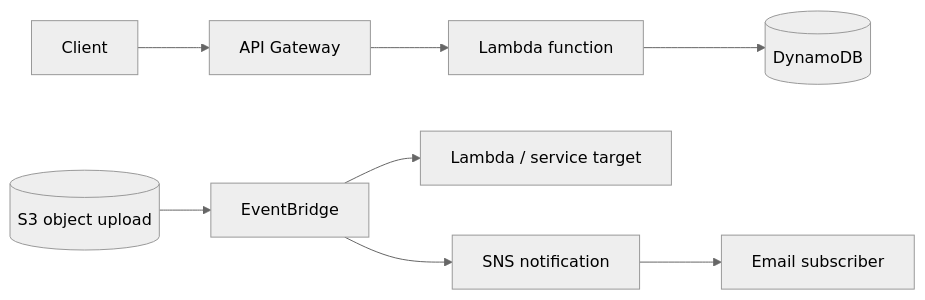
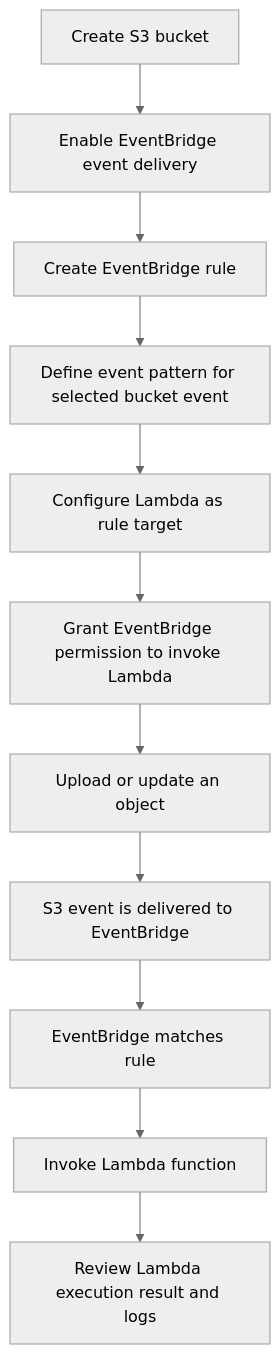
The sixth of 12 diagrams in README.md (Viggy06/aws_devops_learning_documentation), drawn with Mermaid (neutral theme) before and after one commit. The commit also changed other lines of this file, not shown here.

````diff
--- a/README.md
+++ b/README.md
@@ -218,10 +344,13 @@
 ```mermaid
-flowchart LR
-    Client[Client] --> API[API Gateway]
-    API --> Lambda[Lambda function]
-    Lambda --> DDB[(DynamoDB)]
-    S3[(S3 object upload)] --> EB[EventBridge]
-    EB --> Worker[Lambda / service target]
-    EB --> SNS[SNS notification]
-    SNS --> Email[Email subscriber]
+flowchart TD
+    A[Create S3 bucket] --> B[Enable EventBridge event delivery]
+    B --> C[Create EventBridge rule]
+    C --> D[Define event pattern for selected bucket event]
+    D --> E[Configure Lambda as rule target]
+    E --> F[Grant EventBridge permission to invoke Lambda]
+    F --> G[Upload or update an object]
+    G --> H[S3 event is delivered to EventBridge]
+    H --> I[EventBridge matches rule]
+    I --> J[Invoke Lambda function]
+    J --> K[Review Lambda execution result and logs]
 ```
````
